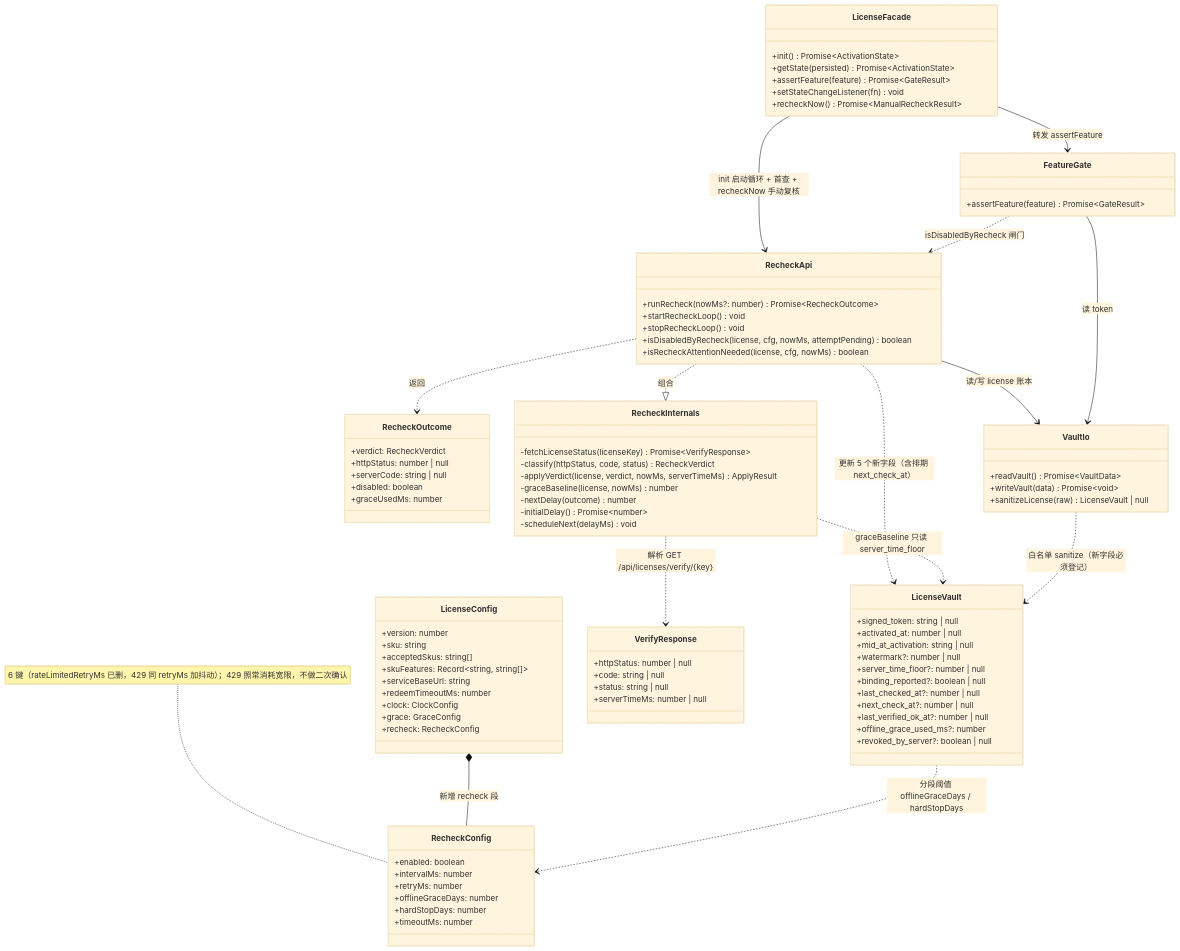
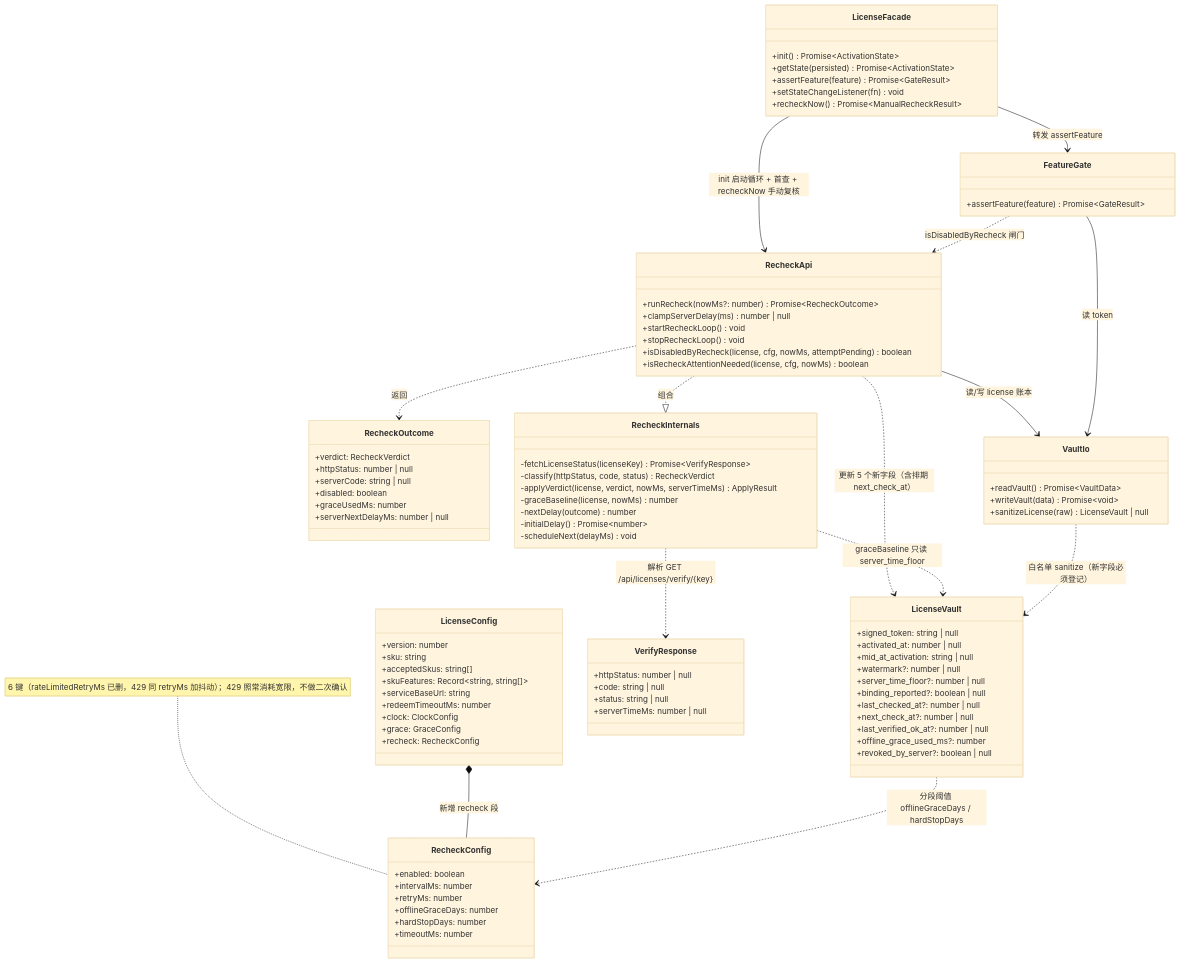
Before and after one commit to qingchuang12/ai-tools: the diagram in doc/license-recheck-class.mermaid, drawn with Mermaid (base theme). The commit also changed 15 other files, not shown here.

```diff
--- a/doc/license-recheck-class.mermaid
+++ b/doc/license-recheck-class.mermaid
@@ -1,104 +1,106 @@
 classDiagram
     %% ai-tools 定期联网复核授权状态 —— 类/接口图（只画新增与改动部分）
 
     class LicenseConfig {
         +version: number
         +sku: string
         +acceptedSkus: string[]
         +skuFeatures: Record~string, string[]~
         +serviceBaseUrl: string
         +redeemTimeoutMs: number
         +clock: ClockConfig
         +grace: GraceConfig
         +recheck: RecheckConfig
     }
 
     class RecheckConfig {
         +enabled: boolean
         +intervalMs: number
         +retryMs: number
         +offlineGraceDays: number
         +hardStopDays: number
         +timeoutMs: number
     }
 
     note for RecheckConfig "6 键（rateLimitedRetryMs 已删，429 同 retryMs 加抖动）；429 照常消耗宽限，不做二次确认"
 
     class LicenseVault {
         +signed_token: string | null
         +activated_at: number | null
         +mid_at_activation: string | null
         +watermark?: number | null
         +server_time_floor?: number | null
         +binding_reported?: boolean | null
         +last_checked_at?: number | null
         +next_check_at?: number | null
         +last_verified_ok_at?: number | null
         +offline_grace_used_ms?: number
         +revoked_by_server?: boolean | null
     }
 
     class RecheckOutcome {
         +verdict: RecheckVerdict
         +httpStatus: number | null
         +serverCode: string | null
         +disabled: boolean
         +graceUsedMs: number
+        +serverNextDelayMs: number | null
     }
 
     class RecheckApi {
         +runRecheck(nowMs?: number) Promise~RecheckOutcome~
+        +clampServerDelay(ms) number | null
         +startRecheckLoop() void
         +stopRecheckLoop() void
         +isDisabledByRecheck(license, cfg, nowMs, attemptPending) boolean
         +isRecheckAttentionNeeded(license, cfg, nowMs) boolean
     }
 
     class RecheckInternals {
         -fetchLicenseStatus(licenseKey) Promise~VerifyResponse~
         -classify(httpStatus, code, status) RecheckVerdict
         -applyVerdict(license, verdict, nowMs, serverTimeMs) ApplyResult
         -graceBaseline(license, nowMs) number
         -nextDelay(outcome) number
         -initialDelay() Promise~number~
         -scheduleNext(delayMs) void
     }
 
     class VaultIo {
         +readVault() Promise~VaultData~
         +writeVault(data) Promise~void~
         +sanitizeLicense(raw) LicenseVault | null
     }
 
     class LicenseFacade {
         +init() Promise~ActivationState~
         +getState(persisted) Promise~ActivationState~
         +assertFeature(feature) Promise~GateResult~
         +setStateChangeListener(fn) void
         +recheckNow() Promise~ManualRecheckResult~
     }
 
     class FeatureGate {
         +assertFeature(feature) Promise~GateResult~
     }
 
     class VerifyResponse {
         +httpStatus: number | null
         +code: string | null
         +status: string | null
         +serverTimeMs: number | null
     }
 
     LicenseConfig *-- RecheckConfig : 新增 recheck 段
     LicenseVault ..> RecheckConfig : 分段阈值 offlineGraceDays / hardStopDays
     RecheckApi ..|> RecheckInternals : 组合
     RecheckApi ..> RecheckOutcome : 返回
     RecheckInternals ..> VerifyResponse : 解析 GET /api/licenses/verify/{key}
     RecheckApi --> VaultIo : 读/写 license 账本
     RecheckApi ..> LicenseVault : 更新 5 个新字段（含排期 next_check_at）
     RecheckInternals ..> LicenseVault : graceBaseline 只读 server_time_floor
     LicenseFacade --> RecheckApi : init 启动循环 + 首查 + recheckNow 手动复核
     LicenseFacade --> FeatureGate : 转发 assertFeature
     FeatureGate ..> RecheckApi : isDisabledByRecheck 闸门
     FeatureGate --> VaultIo : 读 token
     VaultIo ..> LicenseVault : 白名单 sanitize（新字段必须登记）
```
